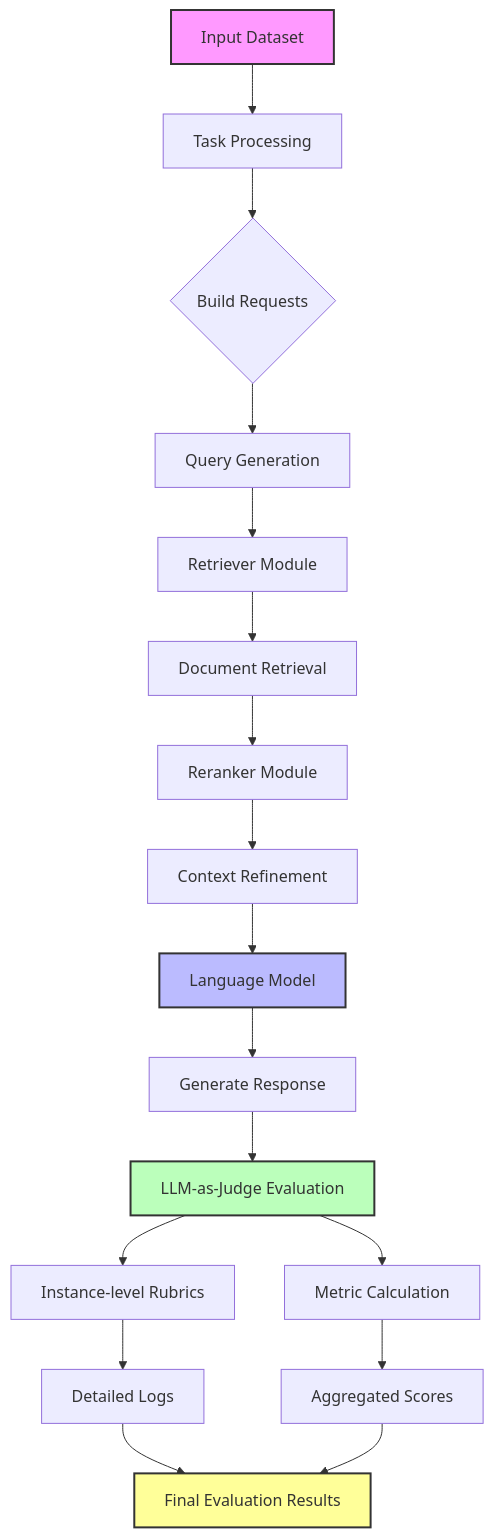
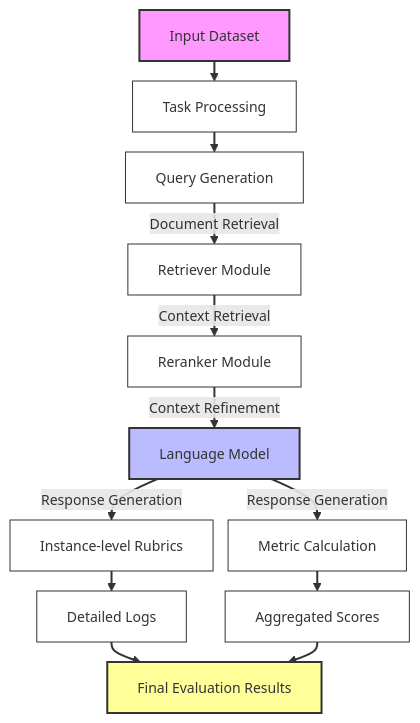
One commit to hoorangyee/LRAGE changed the diagram in README.md. Above: the diagram before and after it, drawn with Mermaid.

Commit message:
Update System Diagram in README.md

````diff
--- a/README.md
+++ b/README.md
@@ -28,30 +28,29 @@
 ```mermaid
-graph TD
+%%{init: {'theme': 'default', 'themeVariables': { 'fontSize': '14px'}, "flowchart": {"nodeSpacing": 15, "rankSpacing": 20, "htmlLabels": true}} }%%
+
+flowchart TD
     A[Input Dataset] --> B[Task Processing]
-    B --> C{Build Requests}
+    B --> D[Query Generation]
     
-    C --> D[Query Generation]
-    D --> E[Retriever Module]
-    E --> F[Document Retrieval]
+    D -->|Document Retrieval| E[Retriever Module]
+    E -->|Context Retrieval| F[Reranker Module]
     
-    F --> G[Reranker Module]
-    G --> H[Context Refinement]
-    
-    H --> J[Language Model]
-    J --> K[Generate Response]
-    
-    K --> L[LLM-as-Judge Evaluation]
-    L --> M[Instance-level Rubrics]
-    L --> N[Metric Calculation]
+    F -->|Context Refinement| J[Language Model]
+    J -->|Response Generation| M[Instance-level Rubrics]
+    J -->|Response Generation| N[Metric Calculation]
     
     M --> O[Detailed Logs]
     N --> P[Aggregated Scores]
     
     O --> Q[Final Evaluation Results]
     P --> Q
     
     style A fill:#f9f,stroke:#333,stroke-width:2px
     style J fill:#bbf,stroke:#333,stroke-width:2px
-    style L fill:#bfb,stroke:#333,stroke-width:2px
     style Q fill:#ff9,stroke:#333,stroke-width:2px
+
+    linkStyle default stroke-width:2px
+    
+    classDef default fill:#fff,stroke:#333,stroke-width:1px
+    classDef node text-align:center
 ```
````
